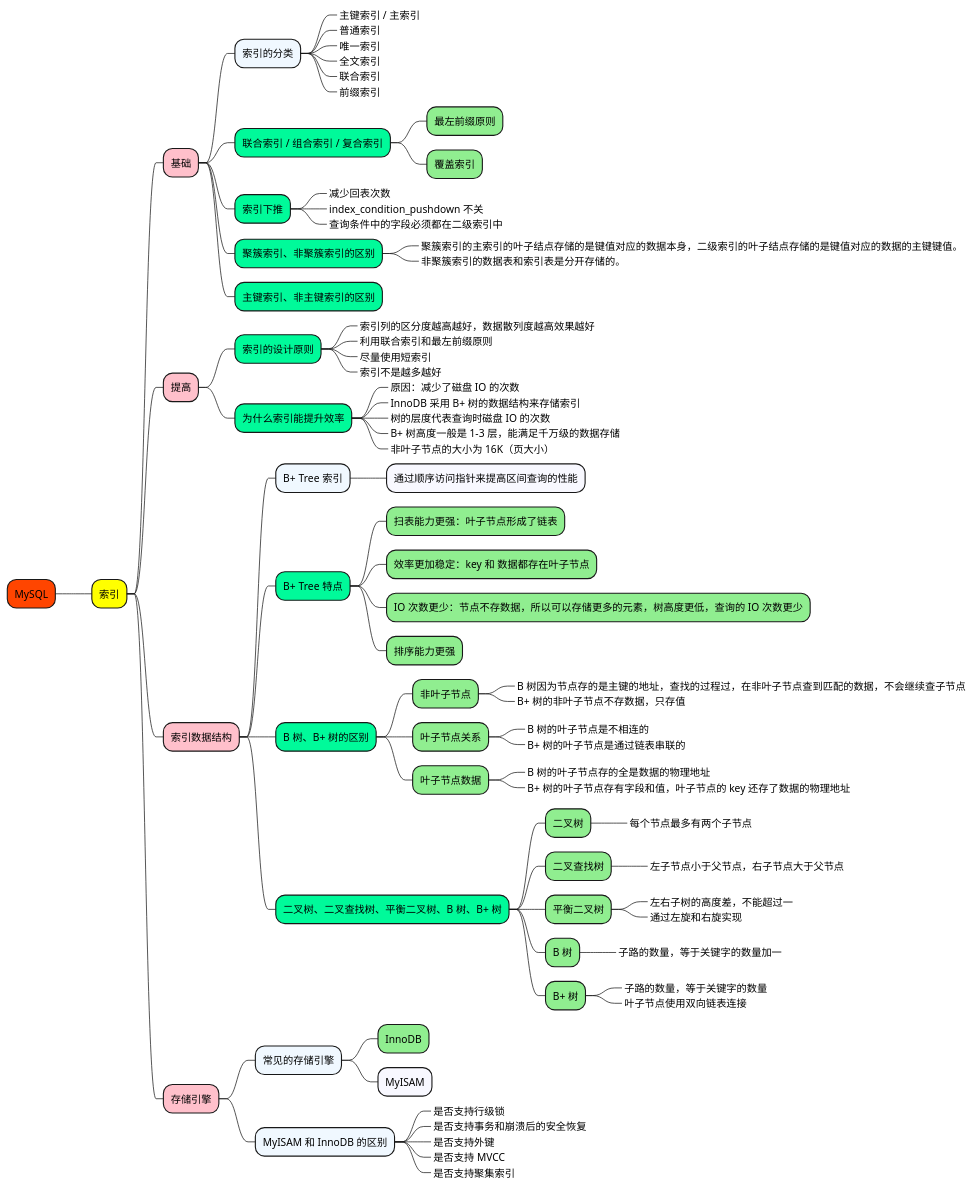
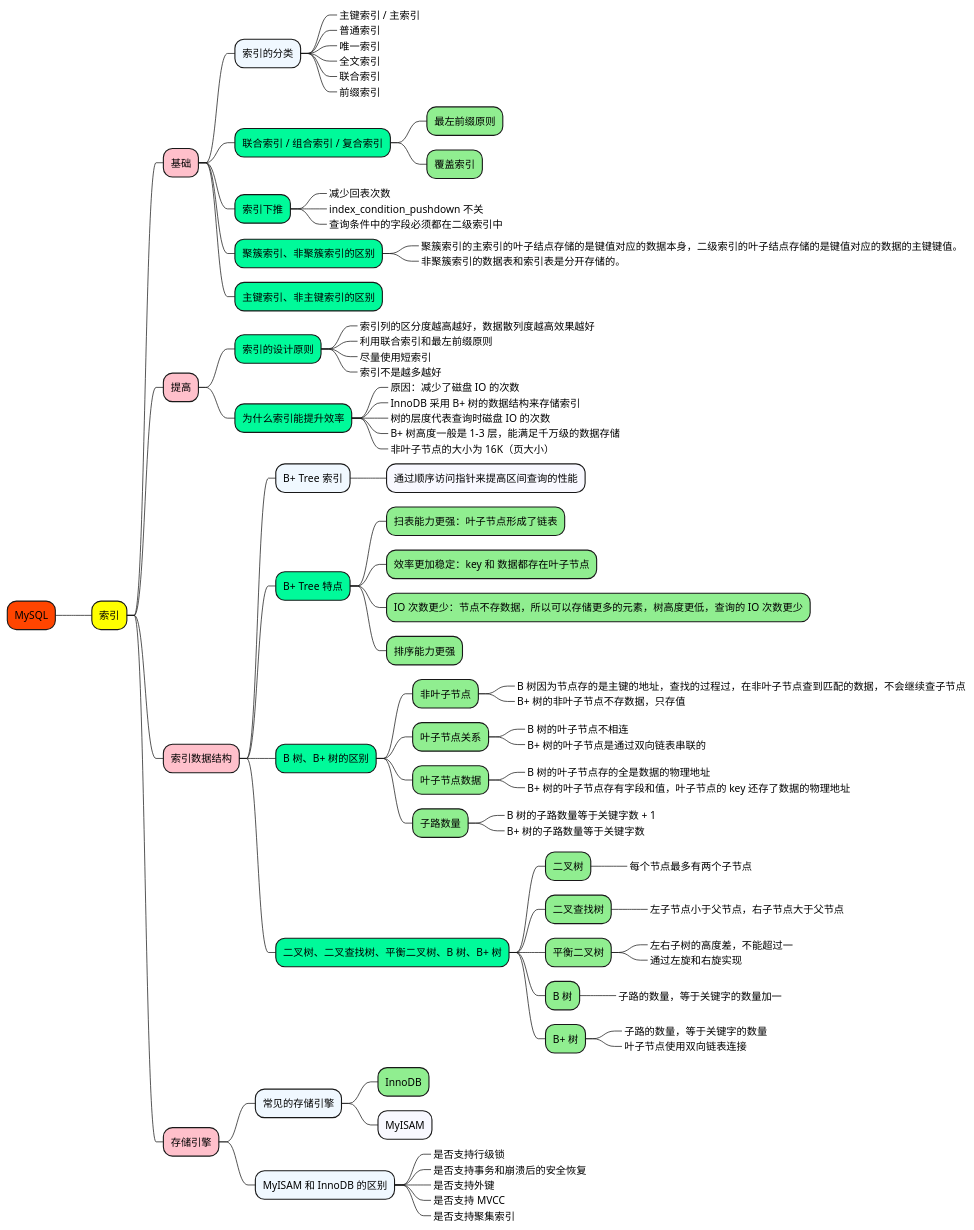
Before and after one commit to doveg/self-cultivation-of-a-software-engineer: the diagram in 1_map/4-database/MySQL-索引.puml, drawn with PlantUML. The commit also changed 16 other files, not shown here.

```diff
--- a/1_map/4-database/MySQL-索引.puml
+++ b/1_map/4-database/MySQL-索引.puml
@@ -1,103 +1,106 @@
 @startmindmap
 
 +[#OrangeRed] MySQL
 
 ++[#yellow] 索引
 
 +++[#Pink] 基础
 
 ++++[#AliceBlue] 索引的分类
 +++++[#GhostWhite]_ 主键索引 / 主索引
 +++++[#GhostWhite]_ 普通索引
 +++++[#GhostWhite]_ 唯一索引
 +++++[#GhostWhite]_ 全文索引
 +++++[#GhostWhite]_ 联合索引
 +++++[#GhostWhite]_ 前缀索引
 
 ++++[#MediumSpringGreen] 联合索引 / 组合索引 / 复合索引
 +++++[#LightGreen] 最左前缀原则
 +++++[#LightGreen] 覆盖索引
 
 ++++[#MediumSpringGreen] 索引下推
 +++++[#LightGreen]_ 减少回表次数
 +++++[#LightGreen]_ index_condition_pushdown 不关
 +++++[#LightGreen]_ 查询条件中的字段必须都在二级索引中
 
 ++++[#MediumSpringGreen] 聚簇索引、非聚簇索引的区别
 +++++[#LightGreen]_ 聚簇索引的主索引的叶子结点存储的是键值对应的数据本身，二级索引的叶子结点存储的是键值对应的数据的主键键值。
 +++++[#LightGreen]_ 非聚簇索引的数据表和索引表是分开存储的。
 
 ++++[#MediumSpringGreen] 主键索引、非主键索引的区别
 
 
 +++[#Pink] 提高
 
 ++++[#MediumSpringGreen] 索引的设计原则
 +++++[#LightGreen]_ 索引列的区分度越高越好，数据散列度越高效果越好
 +++++[#LightGreen]_ 利用联合索引和最左前缀原则
 +++++[#LightGreen]_ 尽量使用短索引
 +++++[#LightGreen]_ 索引不是越多越好
 
 ++++[#MediumSpringGreen] 为什么索引能提升效率
 +++++[#LightGreen]_ 原因：减少了磁盘 IO 的次数
 +++++[#LightGreen]_ InnoDB 采用 B+ 树的数据结构来存储索引
 +++++[#LightGreen]_ 树的层度代表查询时磁盘 IO 的次数
 +++++[#LightGreen]_ B+ 树高度一般是 1-3 层，能满足千万级的数据存储
 +++++[#LightGreen]_ 非叶子节点的大小为 16K（页大小）
 
 +++[#Pink] 索引数据结构
 
 ++++[#AliceBlue] B+ Tree 索引
 +++++[#GhostWhite] 通过顺序访问指针来提高区间查询的性能
 
 ++++[#MediumSpringGreen] B+ Tree 特点
 +++++[#LightGreen] 扫表能力更强：叶子节点形成了链表
 +++++[#LightGreen] 效率更加稳定：key 和 数据都存在叶子节点
 +++++[#LightGreen] IO 次数更少：节点不存数据，所以可以存储更多的元素，树高度更低，查询的 IO 次数更少
 +++++[#LightGreen] 排序能力更强
 
 ++++[#MediumSpringGreen] B 树、B+ 树的区别
 +++++[#LightGreen] 非叶子节点
 ++++++[#Aquamarine]_ B 树因为节点存的是主键的地址，查找的过程过，在非叶子节点查到匹配的数据，不会继续查子节点
 ++++++[#Aquamarine]_ B+ 树的非叶子节点不存数据，只存值
 +++++[#LightGreen] 叶子节点关系
-++++++[#Aquamarine]_ B 树的叶子节点是不相连的
-++++++[#Aquamarine]_ B+ 树的叶子节点是通过链表串联的
+++++++[#Aquamarine]_ B 树的叶子节点不相连
+++++++[#Aquamarine]_ B+ 树的叶子节点是通过双向链表串联的
 +++++[#LightGreen] 叶子节点数据
 ++++++[#Aquamarine]_ B 树的叶子节点存的全是数据的物理地址
 ++++++[#Aquamarine]_ B+ 树的叶子节点存有字段和值，叶子节点的 key 还存了数据的物理地址
++++++[#LightGreen] 子路数量
+++++++[#Aquamarine]_ B 树的子路数量等于关键字数 + 1
+++++++[#Aquamarine]_ B+ 树的子路数量等于关键字数
 
 
 ++++[#MediumSpringGreen] 二叉树、二叉查找树、平衡二叉树、B 树、B+ 树
 +++++[#LightGreen] 二叉树
 ++++++[#Aquamarine]_ 每个节点最多有两个子节点
 +++++[#LightGreen] 二叉查找树
 ++++++[#Aquamarine]_ 左子节点小于父节点，右子节点大于父节点
 +++++[#LightGreen] 平衡二叉树
 ++++++[#Aquamarine]_ 左右子树的高度差，不能超过一
 ++++++[#Aquamarine]_ 通过左旋和右旋实现
 +++++[#LightGreen] B 树
 ++++++[#Aquamarine]_ 子路的数量，等于关键字的数量加一
 +++++[#LightGreen] B+ 树
 ++++++[#Aquamarine]_ 子路的数量，等于关键字的数量
 ++++++[#Aquamarine]_ 叶子节点使用双向链表连接
 
 
 
 
 
 +++[#Pink] 存储引擎
 
 ++++[#AliceBlue] 常见的存储引擎
 +++++[#LightGreen] InnoDB
 +++++[#GhostWhite] MyISAM
 
 ++++[#AliceBlue] MyISAM 和 InnoDB 的区别
 +++++[#GhostWhite]_ 是否支持行级锁
 +++++[#GhostWhite]_ 是否支持事务和崩溃后的安全恢复
 +++++[#GhostWhite]_ 是否支持外键
 +++++[#GhostWhite]_ 是否支持 MVCC
 +++++[#GhostWhite]_ 是否支持聚集索引
 
 
 @endmindmap
```
